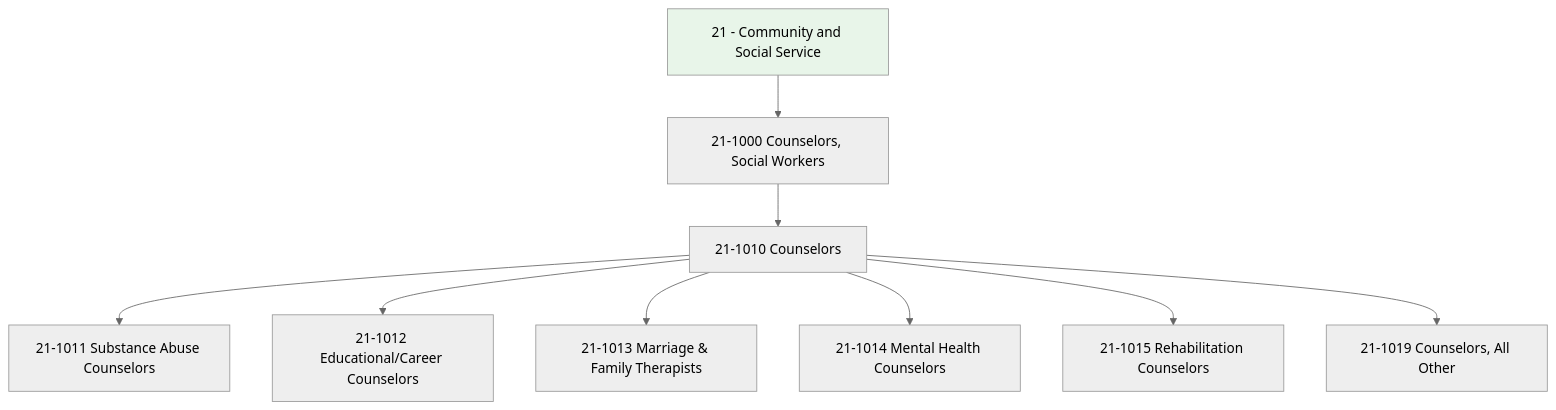
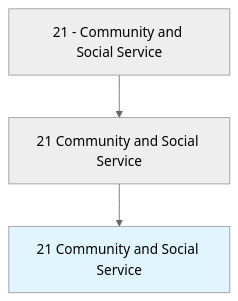
The first of 4 diagrams in occupations/SocialServices/index.mdx (kziemski/business.org.ai), drawn with Mermaid (neutral theme) before and after one commit. The commit also changed other lines of this file and 938 other files, not shown here.

````diff
--- a/occupations/SocialServices/index.mdx
+++ b/occupations/SocialServices/index.mdx
@@ -19,13 +23,6 @@
 ```mermaid
 graph TD
-    Cat21["21 - Community and Social Service"] --> Group2110["21-1000 Counselors, Social Workers"]
-    Group2110 --> G2101["21-1010 Counselors"]
-    G2101 --> SABC["21-1011 Substance Abuse Counselors"]
-    G2101 --> EGCC["21-1012 Educational/Career Counselors"]
-    G2101 --> MFT["21-1013 Marriage & Family Therapists"]
-    G2101 --> MHC["21-1014 Mental Health Counselors"]
-    G2101 --> RC["21-1015 Rehabilitation Counselors"]
-    G2101 --> OC["21-1019 Counselors, All Other"]
-
-    style Cat21 fill:#e8f5e9
+    Cat21["21 - Community and Social Service"] --> Group21["21 Community and Social Service"]
+    Group21 --> Current["21 Community and Social Service"]
+    style Current fill:#e1f5fe
 ```
````
